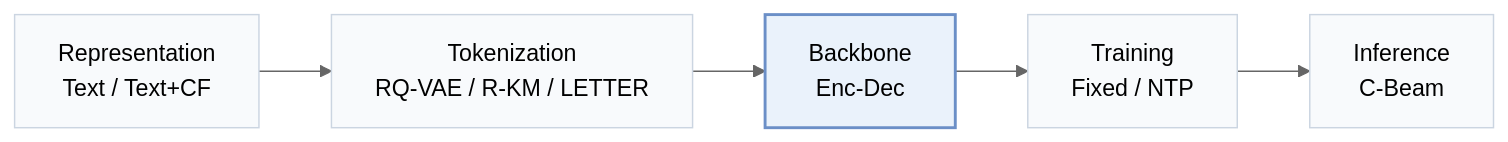
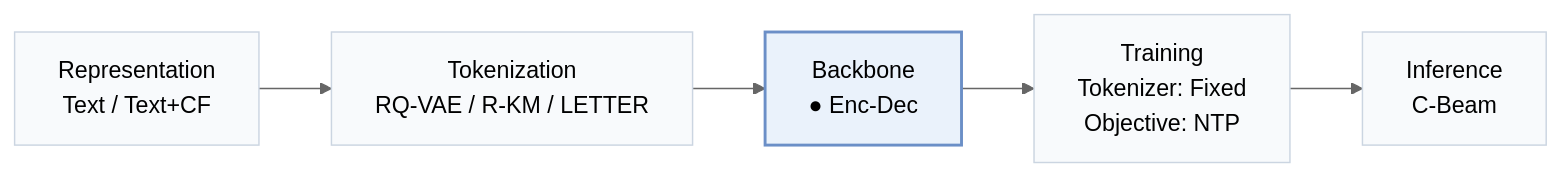
The first of 2 diagrams in pages/papers/lessrec.md (Galaxy-ghost/Awesome-SID-Generative-Rec), drawn with Mermaid (neutral theme) before and after one commit. The commit also changed other lines of this file and 558 other files, not shown here.

````diff
--- a/pages/papers/lessrec.md
+++ b/pages/papers/lessrec.md
@@ -15,8 +18,8 @@
 ```mermaid
 flowchart LR
-    R["Representation<br/>Text / Text+CF"] --> T["Tokenization<br/>RQ-VAE / R-KM / LETTER"] --> B["Backbone<br/>Enc-Dec"] --> TR["Training<br/>Fixed / NTP"] --> I["Inference<br/>C-Beam"]
+    R["Representation<br/>Text / Text+CF"] --> T["Tokenization<br/>RQ-VAE / R-KM / LETTER"] --> B["Backbone<br/>● Enc-Dec"] --> TR["Training<br/>Tokenizer: Fixed<br/>Objective: NTP"] --> I["Inference<br/>C-Beam"]
     classDef base fill:#f8fafc,stroke:#cbd5e1
     class R,T,B,TR,I base
     classDef main fill:#eaf2fb,stroke:#6b8fc7,stroke-width:2px
     class B main
 ```
````
